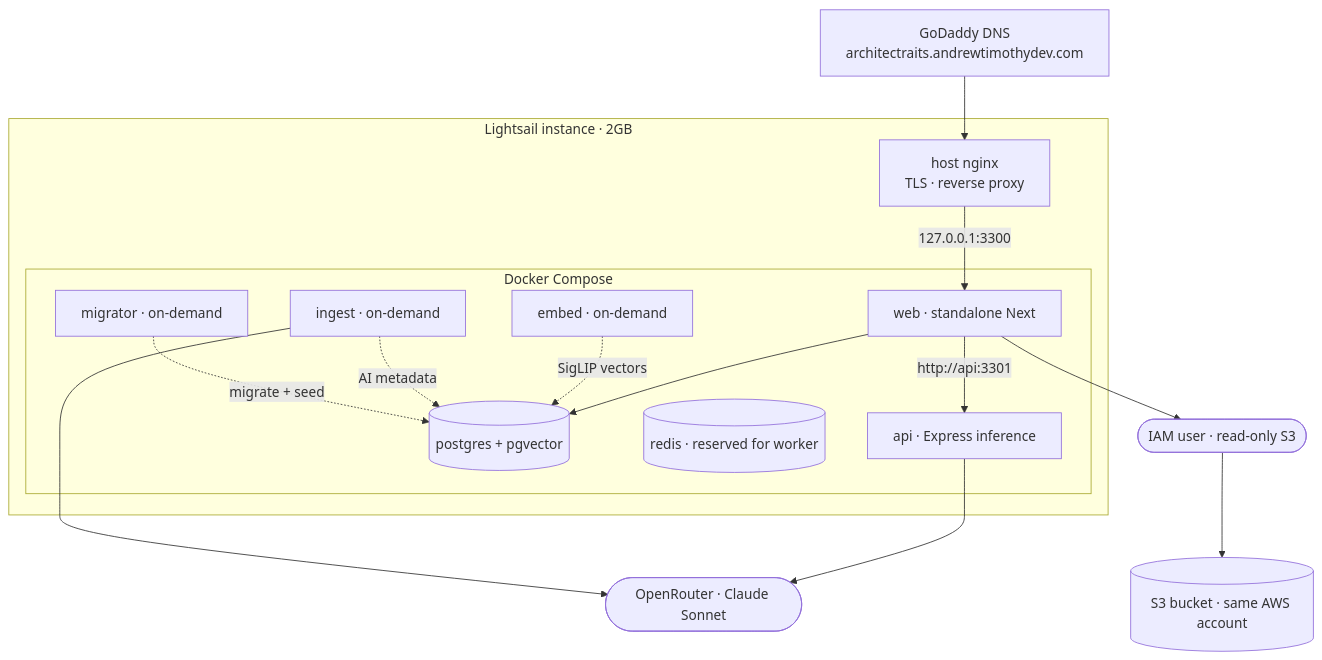
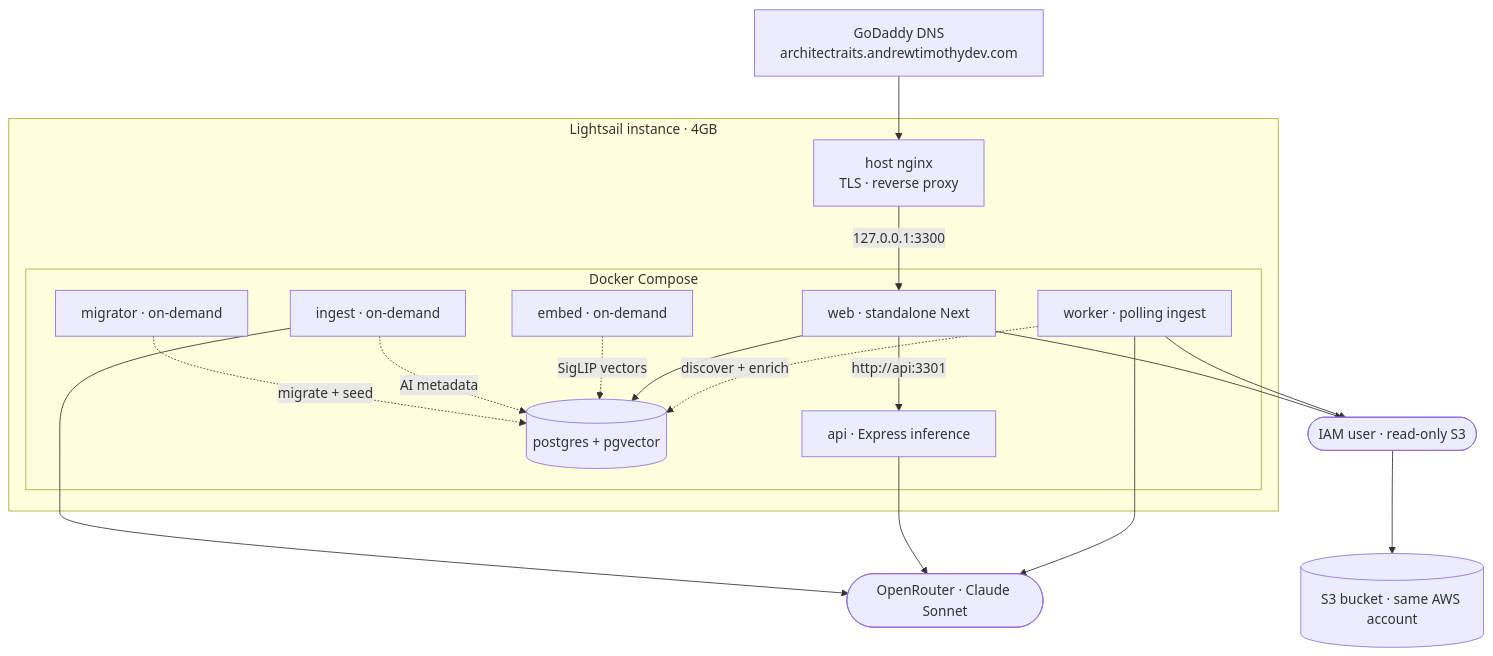
The fifth of 5 diagrams in README.md (Dragon-Of-Dojima/architectrAIts), drawn with Mermaid before and after one commit. The commit also changed other lines of this file and 15 other files, not shown here.

Commit message:
create worker and remove redis

````diff
--- a/README.md
+++ b/README.md
@@ -122,25 +122,28 @@
 ```mermaid
 flowchart TB
     DNS[GoDaddy DNS<br/>architectraits.andrewtimothydev.com] --> NGINX
 
-    subgraph LS[Lightsail instance · 2GB]
+    subgraph LS[Lightsail instance · 4GB]
         NGINX[host nginx<br/>TLS · reverse proxy]
         subgraph DC[Docker Compose]
             Web[web · standalone Next]
             API[api · Express inference]
+            Wkr[worker · polling ingest]
             PG[(postgres + pgvector)]
-            R[(redis · reserved for worker)]
             Mig[migrator · on-demand]-. migrate + seed .-> PG
             Ing[ingest · on-demand]-. AI metadata .-> PG
             Emb[embed · on-demand]-. SigLIP vectors .-> PG
         end
         NGINX -->|127.0.0.1:3300| Web
         Web --> PG
         Web -->|http://api:3301| API
+        Wkr -. "discover + enrich" .-> PG
     end
 
     Ing --> ORouter([OpenRouter · Claude Sonnet])
     API --> ORouter
+    Wkr --> ORouter
     Web --> IAM([IAM user · read-only S3])
+    Wkr --> IAM
     IAM --> S3[(S3 bucket · same AWS account)]
 ```
````
